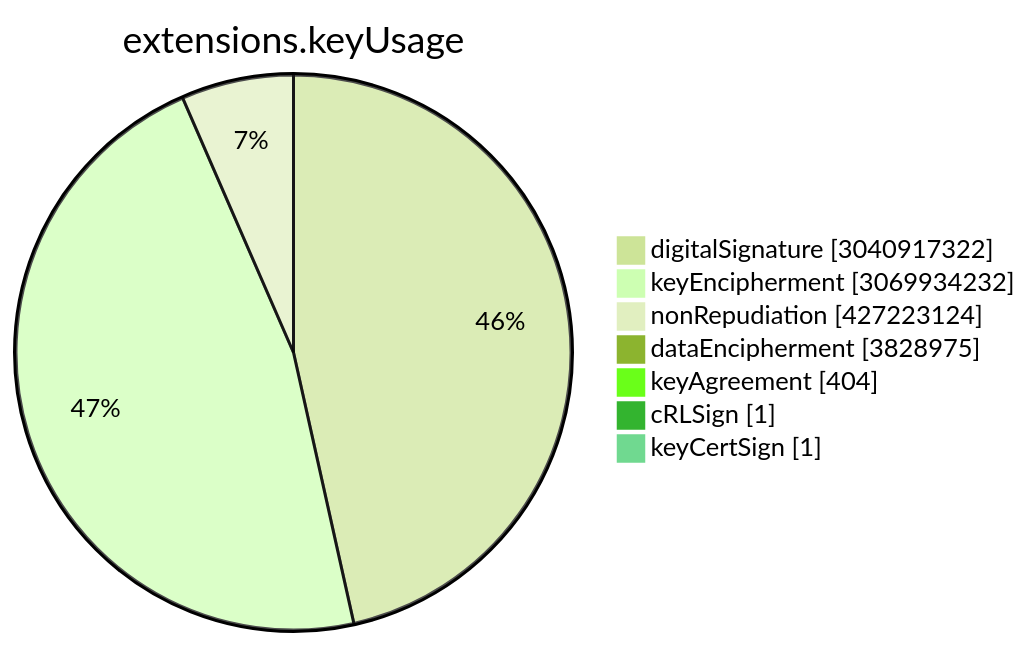
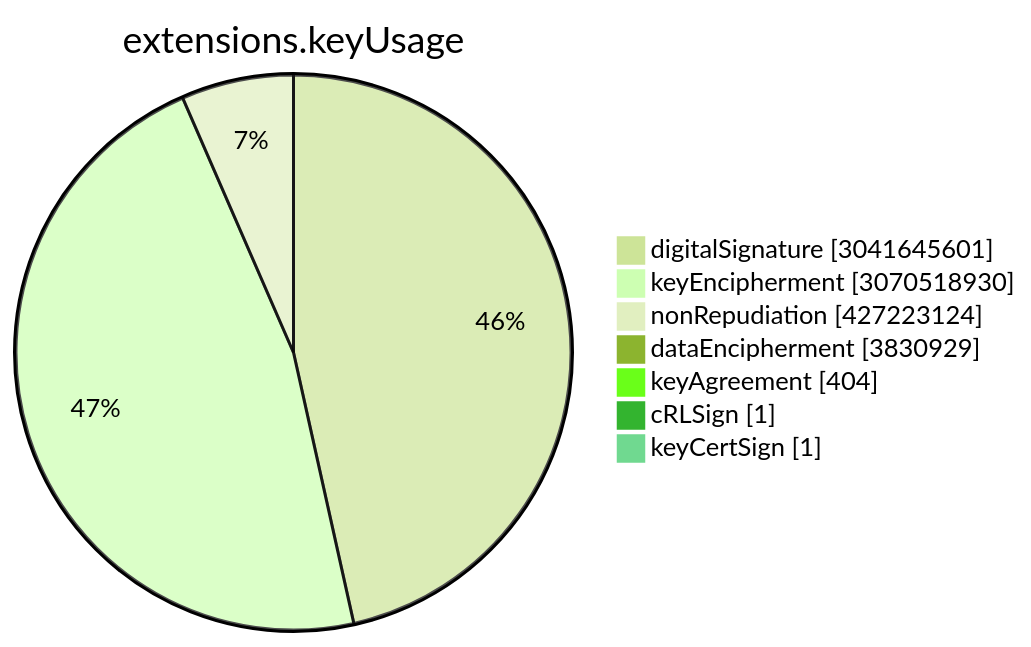
Before and after one commit to christiankrug/ctmonitor_visualization: the sixth of 15 diagrams in TOTAL/README.md, drawn with Mermaid (forest theme). The commit also changed other lines of this file, not shown here.

````diff
--- a/TOTAL/README.md
+++ b/TOTAL/README.md
@@ -3077,11 +3077,11 @@
 ```mermaid
 pie showData
 title extensions.keyUsage
-"digitalSignature" :3040917322
-"keyEncipherment" :3069934232
+"digitalSignature" :3041645601
+"keyEncipherment" :3070518930
 "nonRepudiation" :427223124
-"dataEncipherment" :3828975
+"dataEncipherment" :3830929
 "keyAgreement" :404
 "cRLSign" :1
 "keyCertSign" :1
 ```
````
